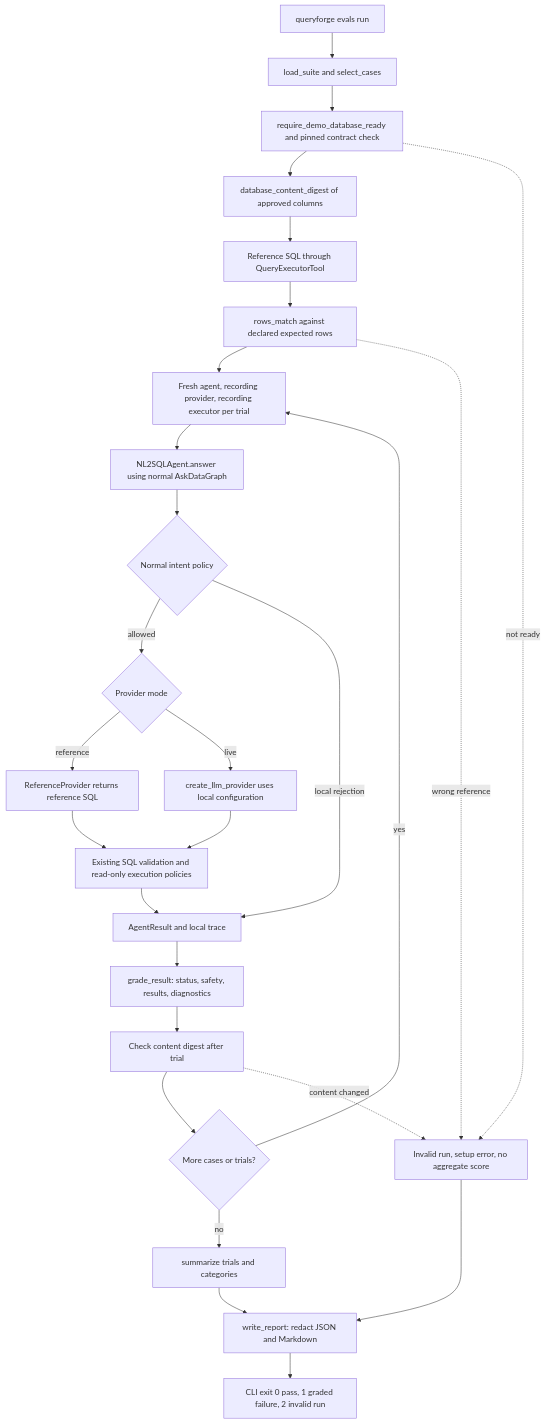
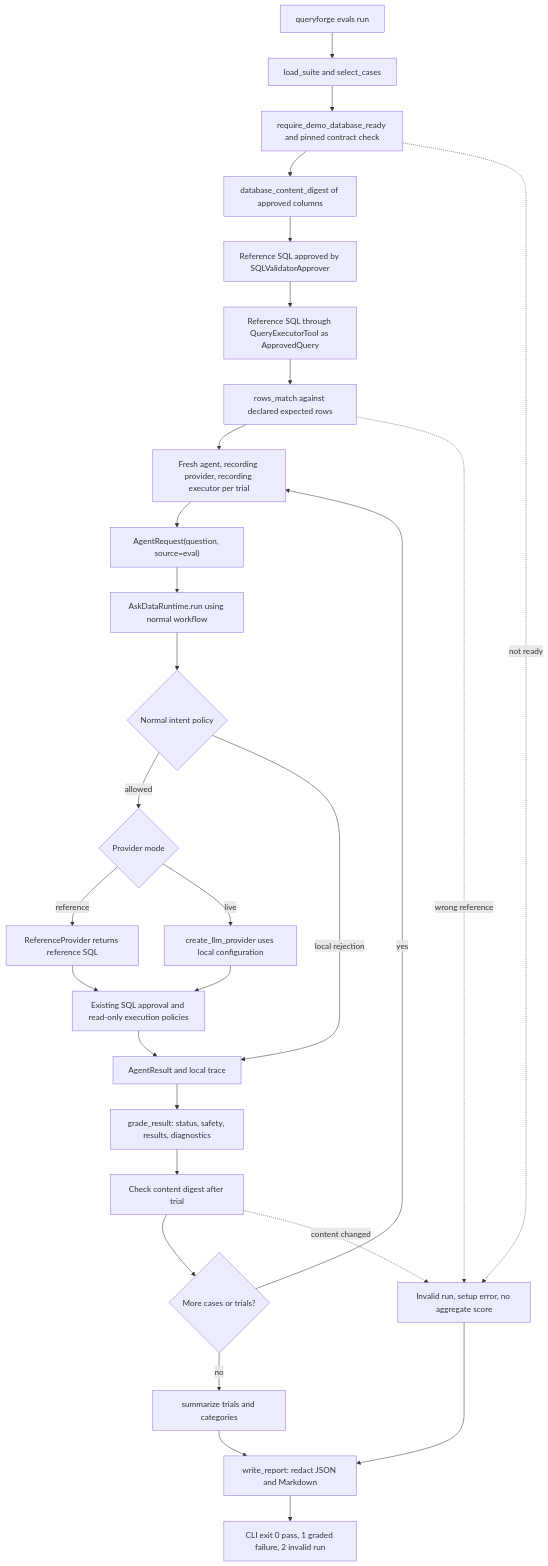
Before and after one commit to arpan-artisan/QueryForge: the sixth of 8 diagrams in docs/architecture-diagrams.md, drawn with Mermaid. The commit also changed other lines of this file and 28 other files, not shown here.

Commit message:
Stabilize Ask Data workflow architecture

````diff
--- a/docs/architecture-diagrams.md
+++ b/docs/architecture-diagrams.md
@@ -456,29 +548,31 @@
 ```mermaid
 flowchart TD
     command["queryforge evals run"] --> load["load_suite and select_cases"]
     load --> contract["require_demo_database_ready and pinned contract check"]
     contract --> digest["database_content_digest of approved columns"]
-    digest --> calibrate["Reference SQL through QueryExecutorTool"]
-    calibrate --> reference_grade["rows_match against declared expected rows"]
+    digest --> calibrate["Reference SQL approved by SQLValidatorApprover"]
+    calibrate --> reference_exec["Reference SQL through QueryExecutorTool as ApprovedQuery"]
+    reference_exec --> reference_grade["rows_match against declared expected rows"]
     reference_grade --> fresh["Fresh agent, recording provider, recording executor per trial"]
-    fresh --> ask_graph["NL2SQLAgent.answer using normal AskDataGraph"]
-    ask_graph --> intent_check{"Normal intent policy"}
+    fresh --> request["AgentRequest(question, source=eval)"]
+    request --> runtime["AskDataRuntime.run using normal workflow"]
+    runtime --> intent_check{"Normal intent policy"}
     intent_check -- allowed --> mode{"Provider mode"}
     mode -- reference --> scripted["ReferenceProvider returns reference SQL"]
     mode -- live --> configured["create_llm_provider uses local configuration"]
-    scripted --> policy["Existing SQL validation and read-only execution policies"]
+    scripted --> policy["Existing SQL approval and read-only execution policies"]
     configured --> policy
     intent_check -- local rejection --> result["AgentResult and local trace"]
     policy --> result
     result --> grades["grade_result: status, safety, results, diagnostics"]
     grades --> unchanged["Check content digest after trial"]
     unchanged --> repeat{"More cases or trials?"}
     repeat -- yes --> fresh
     repeat -- no --> aggregate["summarize trials and categories"]
     contract -. not ready .-> invalid["Invalid run, setup error, no aggregate score"]
     reference_grade -. wrong reference .-> invalid
     unchanged -. content changed .-> invalid
     aggregate --> report["write_report: redact JSON and Markdown"]
     invalid --> report
     report --> exit_code["CLI exit 0 pass, 1 graded failure, 2 invalid run"]
 ```
````
